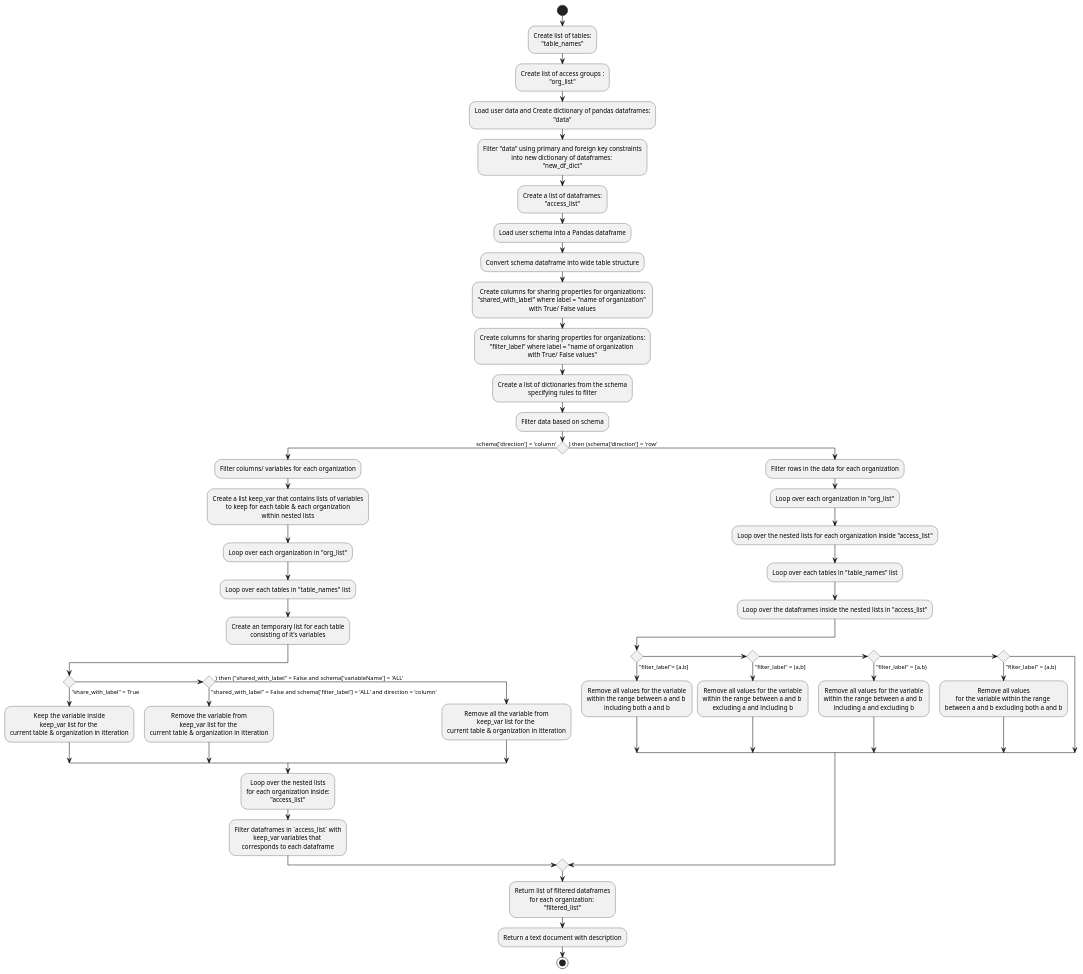
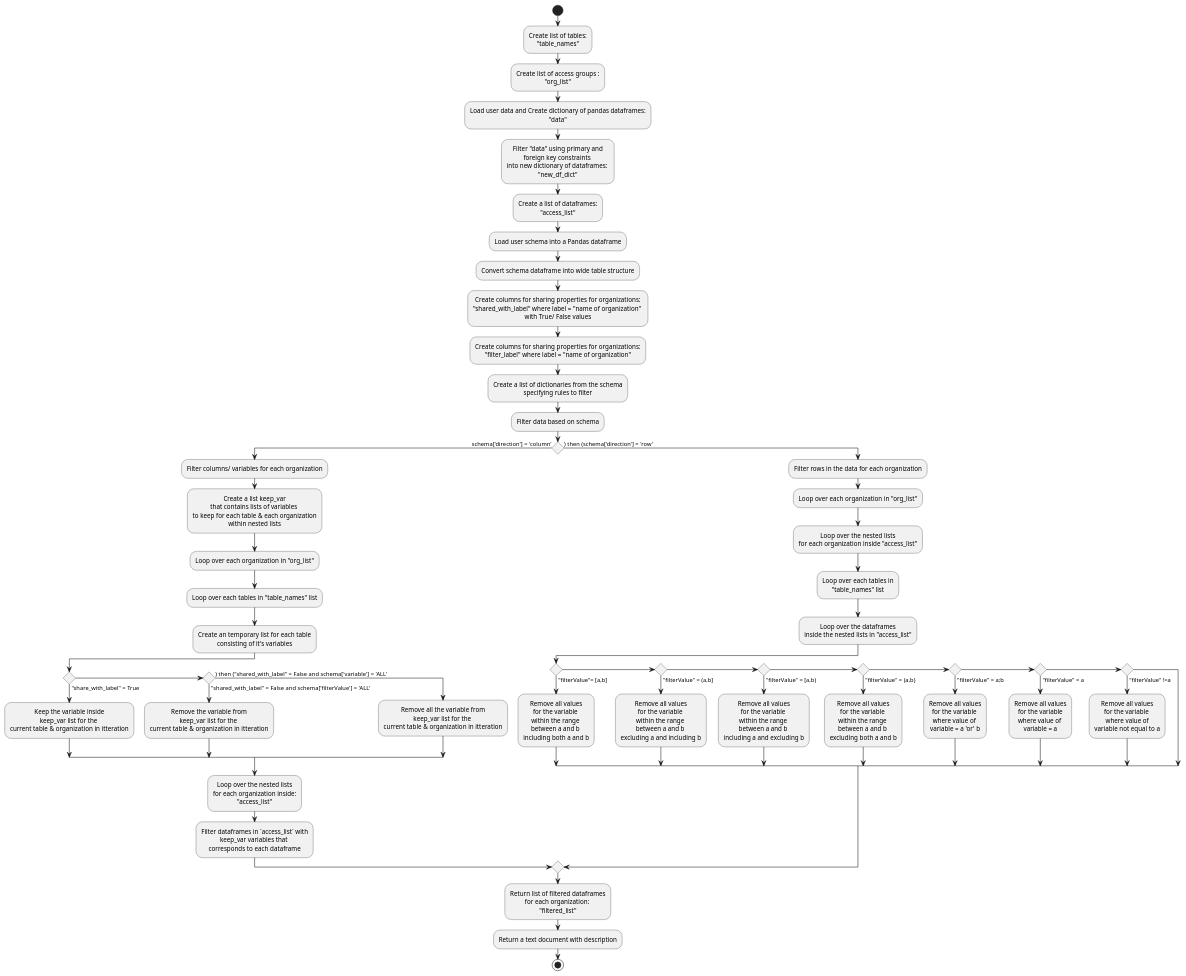
One commit to Big-Life-Lab/PHES-ODM changed the diagram in sharing/activity.puml. Above: the diagram before and after it, drawn with PlantUML. The commit also changed 2 other files, not shown here.

Commit message:
Modified Readme to include ! not sharing property, changed names of sharing rules in Readme, shared_data.csv file and activity.puml file

```diff
--- a/sharing/activity.puml
+++ b/sharing/activity.puml
@@ -1,83 +1,110 @@
 @startuml activitydiagram
 skinparam DefaultTextAlignment center
 start
 :Create list of tables: 
 "table_names";
 :Create list of access groups : 
 "org_list";
 :Load user data and Create dictionary of pandas dataframes: 
 "data";
-:Filter "data" using primary and foreign key constraints 
+:Filter "data" using primary and 
+foreign key constraints 
 into new dictionary of dataframes: 
 "new_df_dict";
 :Create a list of dataframes: 
 "access_list";
 :Load user schema into a Pandas dataframe;
 :Convert schema dataframe into wide table structure;
 :Create columns for sharing properties for organizations: 
 "shared_with_label" where label = "name of organization" 
 with True/ False values;
 :Create columns for sharing properties for organizations: 
-"filter_label" where label = "name of organization 
-with True/ False values";
+"filter_label" where label = "name of organization";
 :Create a list of dictionaries from the schema 
 specifying rules to filter;
 :Filter data based on schema;
 if () then (schema['direction'] = 'column')
 :Filter columns/ variables for each organization;
-:Create a list keep_var that contains lists of variables 
+:Create a list keep_var 
+that contains lists of variables 
 to keep for each table & each organization
 within nested lists;
 :Loop over each organization in "org_list";
 :Loop over each tables in "table_names" list;
 :Create an temporary list for each table 
 consisting of it's variables;
 if () then ("share_with_label" = True)
-:Keep the variable  inside 
+:Keep the variable inside 
 keep_var list for the 
 current table & organization in itteration;
-elseif () then ("shared_with_label" = False and schema['filter_label'] = 'ALL' and direction = 'column')
+elseif () then ("shared_with_label" = False and schema['filterValue'] = 'ALL')
 :Remove the variable from 
 keep_var list for the 
 current table & organization in itteration;
-else () then ("shared_with_label" = False and schema['variableName'] = 'ALL')
+else () then ("shared_with_label" = False and schema['variable'] = 'ALL')
 :Remove all the variable from 
 keep_var list for the 
 current table & organization in itteration;
 endif;
 :Loop over the nested lists 
 for each organization inside:
 "access_list";
 :Filter dataframes in `access_list` with 
 keep_var variables that 
 corresponds to each dataframe;
 else () then (schema['direction'] = 'row')
 :Filter rows in the data for each organization;
 :Loop over each organization in "org_list";
-:Loop over the nested lists for each organization inside "access_list";
-:Loop over each tables in "table_names" list;
-:Loop over the dataframes inside the nested lists in "access_list";
-if () then ("filter_label"= [a,b])
-:Remove all values for the variable 
-within the range between a and b 
+:Loop over the nested lists 
+for each organization inside "access_list";
+:Loop over each tables in 
+"table_names" list;
+:Loop over the dataframes 
+inside the nested lists in "access_list";
+if () then ("filterValue"= [a,b])
+:Remove all values 
+for the variable 
+within the range 
+between a and b 
 including both a and b;
-elseif () then ("filter_label" = (a,b])
-:Remove all values for the variable 
-within the range between a and b 
+elseif () then ("filterValue" = (a,b])
+:Remove all values 
+for the variable 
+within the range 
+between a and b 
 excluding a and including b;
-elseif () then ("filter_label" = [a,b))
-:Remove all values for the variable 
-within the range between a and b 
+elseif () then ("filterValue" = [a,b))
+:Remove all values 
+for the variable 
+within the range 
+between a and b 
 including a and excluding b;
-elseif () then ("filter_label" = (a,b))
+elseif () then ("filterValue" = (a,b))
 :Remove all values 
-for the variable within the range 
-between a and b excluding both a and b;
+for the variable 
+within the range 
+between a and b 
+excluding both a and b;
+elseif () then ("filterValue" = a;b)
+:Remove all values
+for the variable 
+where value of 
+variable = a 'or' b;
+elseif () then ("filterValue" = a)
+:Remove all values
+for the variable
+where value of 
+variable = a;
+elseif () then ("filterValue" !=a)
+:Remove all values 
+for the variable 
+where value of
+variable not equal to a;
 endif
 endif;
 :Return list of filtered dataframes 
 for each organization: 
 "filtered_list";
 :Return a text document with description;
 stop
 @enduml
```
